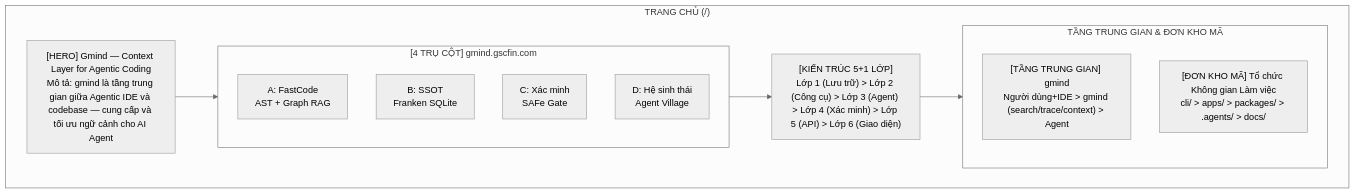
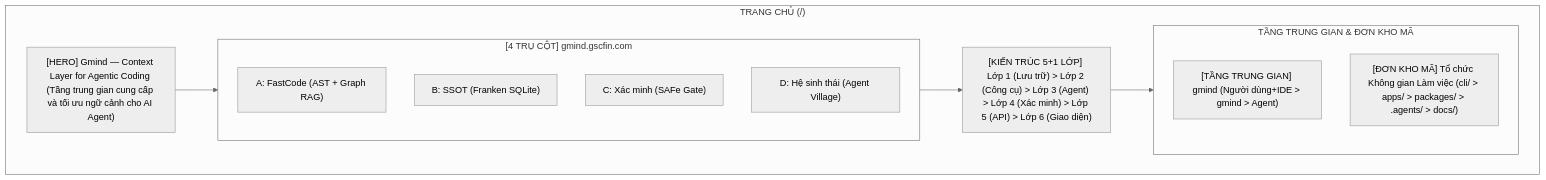
One commit to duyhunghd6/gmind changed the second of 13 diagrams in docs/PRDs/apps-website/PRD-00-Website-Structure.md. Above: the diagram before and after it, drawn with Mermaid (neutral theme). The commit also changed other lines of this file and 1 other file, not shown here.

First line of the commit message:
docs(PRD-00): fix Mermaid diagram syntax errors and remove HTML tags

````diff
--- a/docs/PRDs/apps-website/PRD-00-Website-Structure.md
+++ b/docs/PRDs/apps-website/PRD-00-Website-Structure.md
@@ -96,24 +96,24 @@
 ```mermaid
 graph TD
     subgraph Trang_Chu["TRANG CHỦ (/)"]
-        Hero["[HERO] Gmind — Context Layer for Agentic Coding<br/>Mô tả: gmind là tầng trung gian giữa Agentic IDE và codebase — cung cấp và tối ưu ngữ cảnh cho AI Agent"]
+        Hero["[HERO] Gmind — Context Layer for Agentic Coding (Tầng trung gian cung cấp và tối ưu ngữ cảnh cho AI Agent)"]
         
         subgraph Pillars["[4 TRỤ CỘT] gmind.gscfin.com"]
-            PillarA["A: FastCode<br/>AST + Graph RAG"]
-            PillarB["B: SSOT<br/>Franken SQLite"]
-            PillarC["C: Xác minh<br/>SAFe Gate"]
-            PillarD["D: Hệ sinh thái<br/>Agent Village"]
+            PillarA["A: FastCode (AST + Graph RAG)"]
+            PillarB["B: SSOT (Franken SQLite)"]
+            PillarC["C: Xác minh (SAFe Gate)"]
+            PillarD["D: Hệ sinh thái (Agent Village)"]
         end
         
-        Layers["[KIẾN TRÚC 5+1 LỚP]<br/>Lớp 1 (Lưu trữ) > Lớp 2 (Công cụ) > Lớp 3 (Agent) > Lớp 4 (Xác minh) > Lớp 5 (API) > Lớp 6 (Giao diện)"]
+        Layers["[KIẾN TRÚC 5+1 LỚP] Lớp 1 (Lưu trữ) > Lớp 2 (Công cụ) > Lớp 3 (Agent) > Lớp 4 (Xác minh) > Lớp 5 (API) > Lớp 6 (Giao diện)"]
         
         subgraph Workspace["TẦNG TRUNG GIAN & ĐƠN KHO MÃ"]
-            Middle["[TẦNG TRUNG GIAN] gmind<br/>Người dùng+IDE > gmind (search/trace/context) > Agent"]
-            Monorepo["[ĐƠN KHO MÃ] Tổ chức Không gian Làm việc<br/>cli/ > apps/ > packages/ > .agents/ > docs/"]
+            Middle["[TẦNG TRUNG GIAN] gmind (Người dùng+IDE > gmind > Agent)"]
+            Monorepo["[ĐƠN KHO MÃ] Tổ chức Không gian Làm việc (cli/ > apps/ > packages/ > .agents/ > docs/)"]
         end
         
         Hero --> Pillars
         Pillars --> Layers
         Layers --> Workspace
     end
 ```
````
